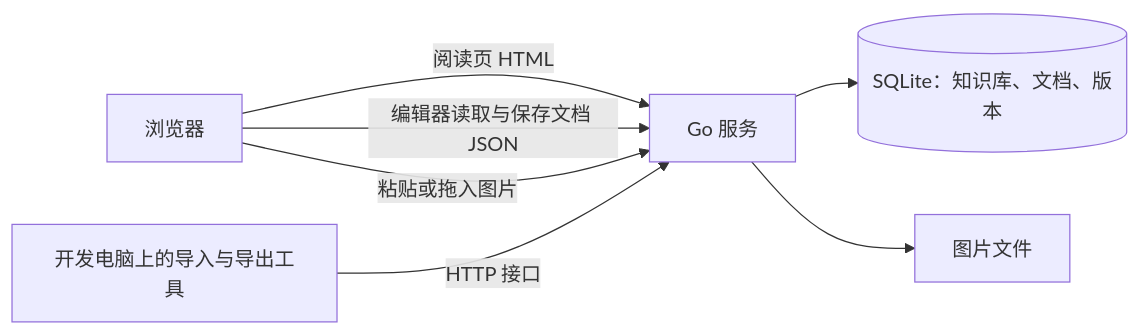
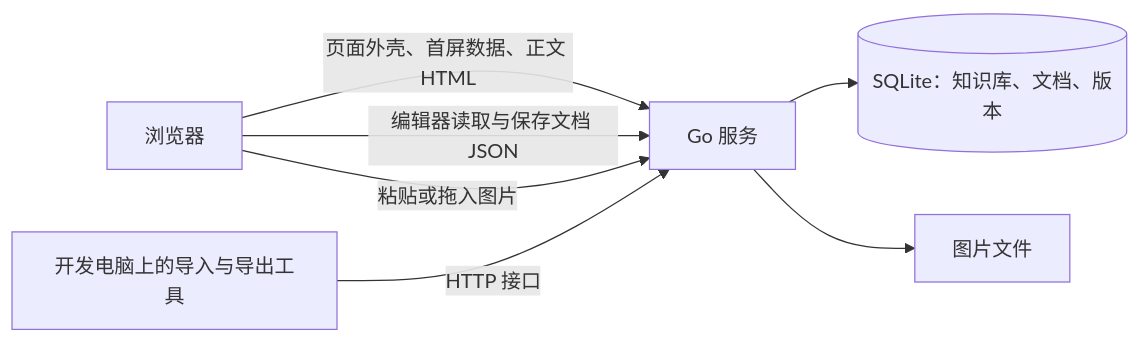
One commit to Crashmere/Yuyan changed the diagram in docs/DESIGN.md. Above: the diagram before and after it, drawn with Mermaid. The commit also changed other lines of this file and 84 other files, not shown here.

````diff
--- a/docs/DESIGN.md
+++ b/docs/DESIGN.md
@@ -53,9 +53,9 @@
 ```mermaid
 flowchart LR
-    B[浏览器] -->|阅读页 HTML| G[Go 服务]
+    B[浏览器] -->|页面外壳、首屏数据、正文 HTML| G[Go 服务]
     B -->|编辑器读取与保存文档 JSON| G
     B -->|粘贴或拖入图片| G
     G --> S[(SQLite：知识库、文档、版本)]
     G --> A[图片文件]
     T[开发电脑上的导入与导出工具] -->|HTTP 接口| G
 ```
````
